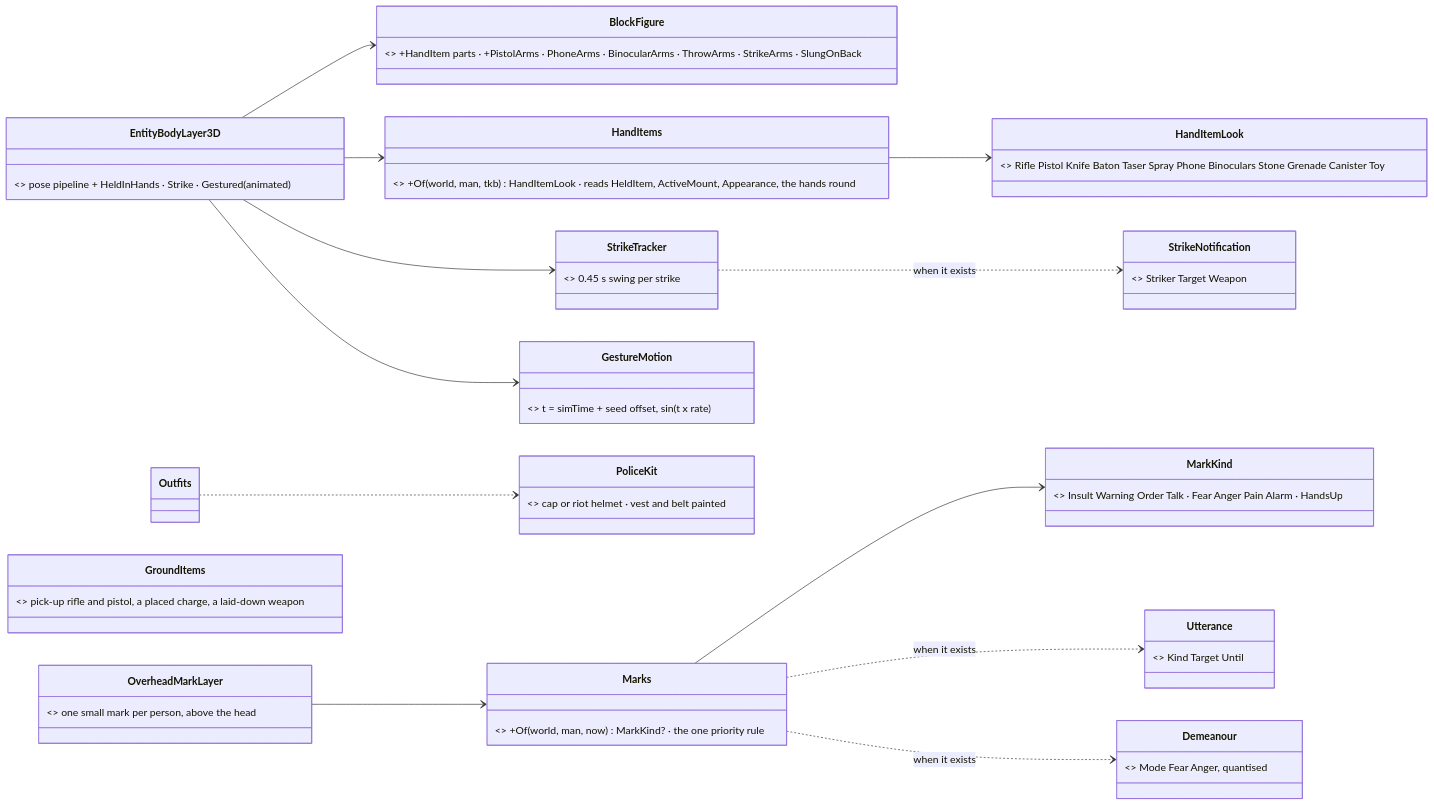
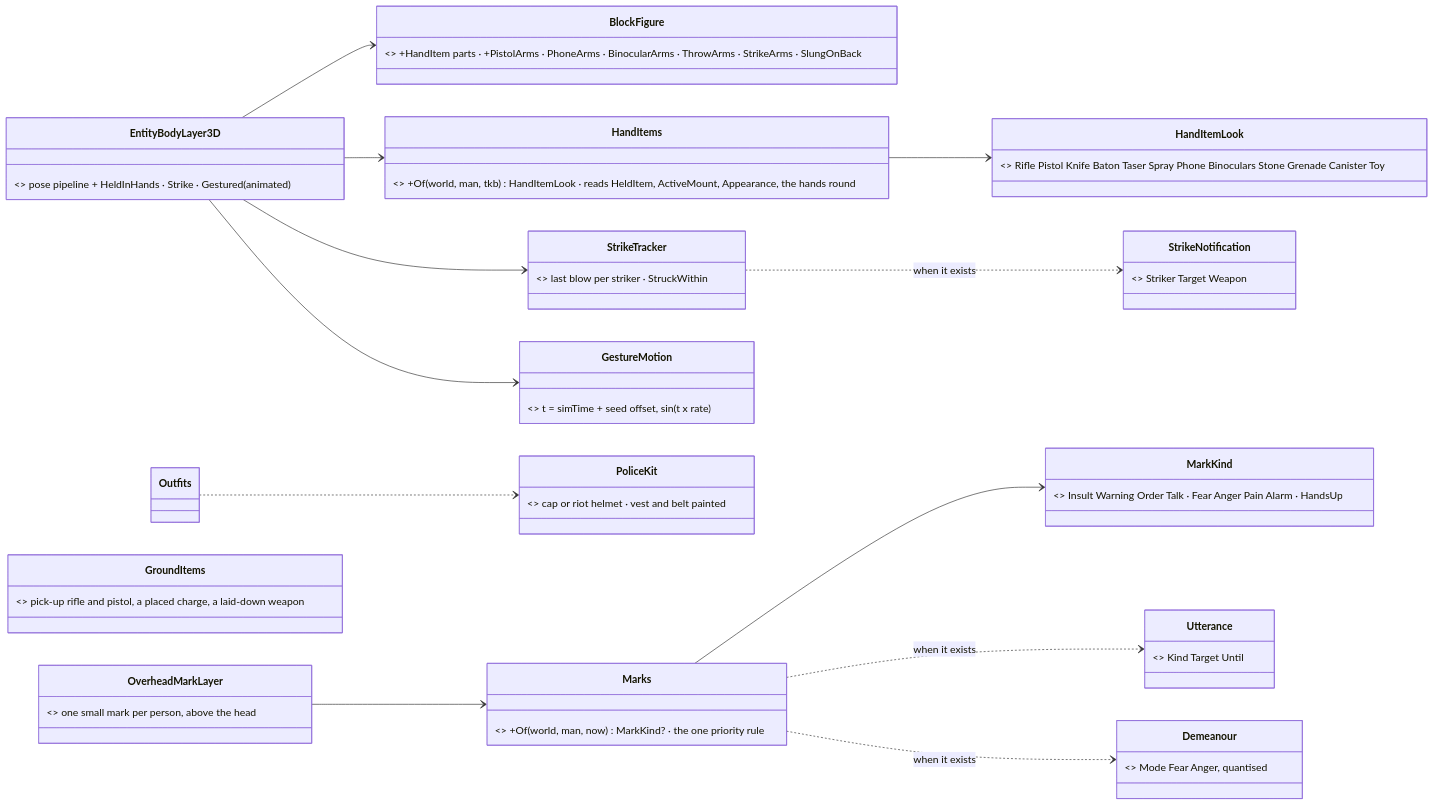
Before and after one commit to pjanec/HROT: the first of 4 diagrams in docs/DESIGN_People_Display.md, drawn with Mermaid. The commit also changed other lines of this file and 8 other files, not shown here.

First line of the commit message:
feat(ui): CE-1171 a blow struck is drawn — the striker's fist punch, knife stab or baton swing for 0.45 s

````diff
--- a/docs/DESIGN_People_Display.md
+++ b/docs/DESIGN_People_Display.md
@@ -75,29 +75,29 @@
 ```mermaid
 classDiagram
   direction LR
   class EntityBodyLayer3D { <<existing, grows>> pose pipeline + HeldInHands · Strike · Gestured(animated) }
   class BlockFigure { <<existing, grows>> +HandItem parts · +PistolArms · PhoneArms · BinocularArms · ThrowArms · StrikeArms · SlungOnBack }
   class HandItemLook { <<NEW>> Rifle Pistol Knife Baton Taser Spray Phone Binoculars Stone Grenade Canister Toy }
   class HandItems { <<NEW, pure>> +Of(world, man, tkb) HandItemLook · reads HeldItem, ActiveMount, Appearance, the hands round }
-  class StrikeTracker { <<NEW, PostureBlend shape>> 0.45 s swing per strike }
+  class StrikeTracker { <<BUILT CE-1171, RecentShots shape>> last blow per striker · StruckWithin }
   class GestureMotion { <<BUILT as GestureClock + GestureArms t, no class>> t = simTime + seed offset, sin(t x rate) }
   class PoliceKit { <<NEW in Outfits + BodySurface>> cap or riot helmet · vest and belt painted }
   class OverheadMarkLayer { <<NEW IMapLayer, 2-D + 3-D>> one small mark per person, above the head }
   class MarkKind { <<NEW>> Insult Warning Order Talk · Fear Anger Pain Alarm · HandsUp }
   class Marks { <<NEW, pure>> +Of(world, man, now) MarkKind? · the one priority rule }
   class GroundItems { <<in ProjectileLayer / body kits>> pick-up rifle and pistol, a placed charge, a laid-down weapon }
   class Utterance { <<GAP G1 — backend + behaviors>> Kind Target Until }
   class Demeanour { <<GAP G2 — backend + behaviors>> Mode Fear Anger, quantised }
   class StrikeNotification { <<GAP G3 — backend>> Striker Target Weapon }
   EntityBodyLayer3D --> BlockFigure
   EntityBodyLayer3D --> HandItems
   EntityBodyLayer3D --> StrikeTracker
   EntityBodyLayer3D --> GestureMotion
   HandItems --> HandItemLook
   OverheadMarkLayer --> Marks
   Marks --> MarkKind
   Marks ..> Utterance : when it exists
   Marks ..> Demeanour : when it exists
   StrikeTracker ..> StrikeNotification : when it exists
   Outfits ..> PoliceKit
 ```
````
